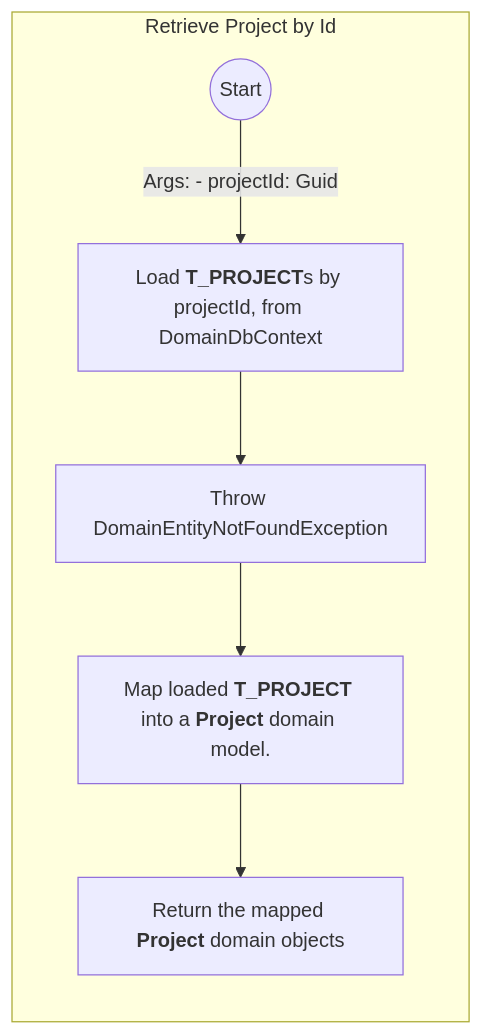
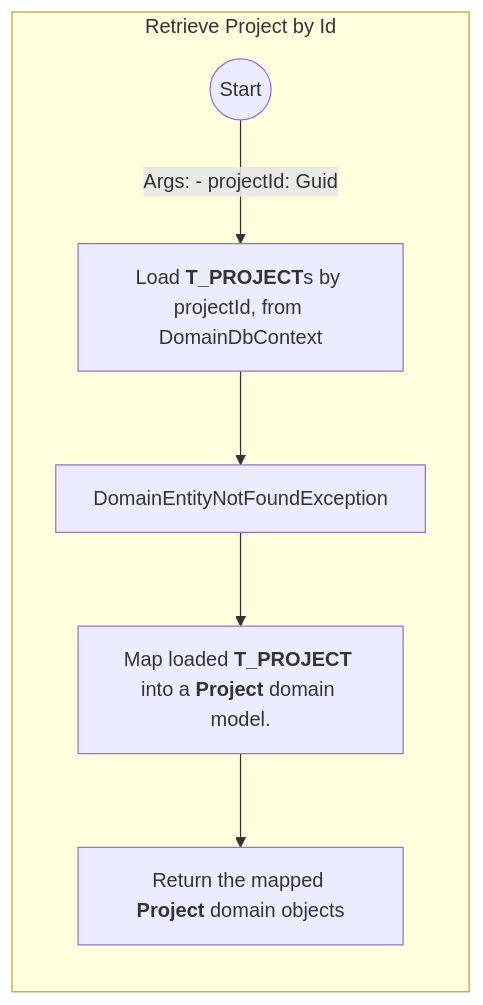
The second of 2 diagrams in AI/Repository/ProjectRepository.md (sdlfly2000/DomainBasedDesigner), drawn with Mermaid before and after one commit. The commit also changed other lines of this file and 10 other files, not shown here.

````diff
--- a/AI/Repository/ProjectRepository.md
+++ b/AI/Repository/ProjectRepository.md
@@ -60,17 +45,17 @@
     ```mermaid
         graph TB
             subgraph main [Retrieve Project by Id]
                 direction TB
                 start(("Start")) -->
 
                 %% Include referencing **T_REQUIREMENT**s  
                 |Args: - projectId: Guid | load["`Load **T_PROJECT**s by projectId, from DomainDbContext`"] -->
 
-                ThrowExceptionIfNotExist["Throw DomainEntityNotFoundException"] -->
+                DomainEntityNotFoundException -->
 
                 %% Do NOT load nested **T_BUSINESS_ACTION** nor **T_BUSINESS_MODEL** in **T_REQUIREMENT** 
-                map["`Map loaded **T_PROJECT** into a **Project** domain model.`"] -->
+                MapToProjectDomainModel["`Map loaded **T_PROJECT** into a **Project** domain model.`"] -->
 
                 return["`Return the mapped **Project** domain objects`"]
             end
     ```
````
